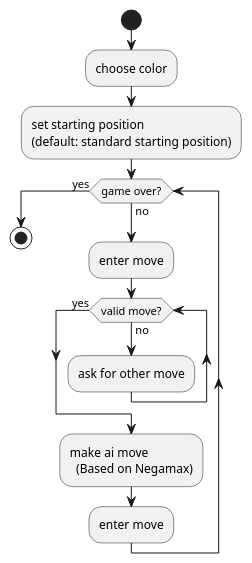
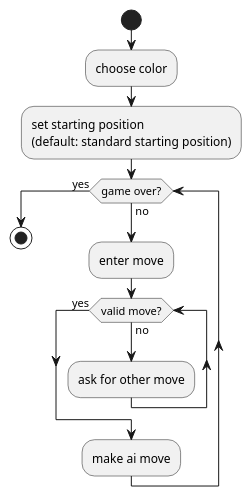
One commit to dkurta/chess_pet_project changed the diagram in doc_ressources/uml/activity.plantuml. Above: the diagram before and after it, drawn with PlantUML. The commit also changed 4 other files, not shown here.

Commit message:
use case diagram

```diff
--- a/doc_ressources/uml/activity.plantuml
+++ b/doc_ressources/uml/activity.plantuml
@@ -1,24 +1,21 @@
 @startuml
 start
 
 :choose color;
 
 :set starting position \n(default: standard starting position);
 
 while (game over?) is (no)
 
 :enter move;
 
 while (valid move?) is (no)
   :ask for other move;
 endwhile (yes)
 
-:make ai move
-  (Based on Negamax);
-
-:enter move;
+:make ai move;
 
 endwhile(yes)
 
 stop
 @enduml
```
